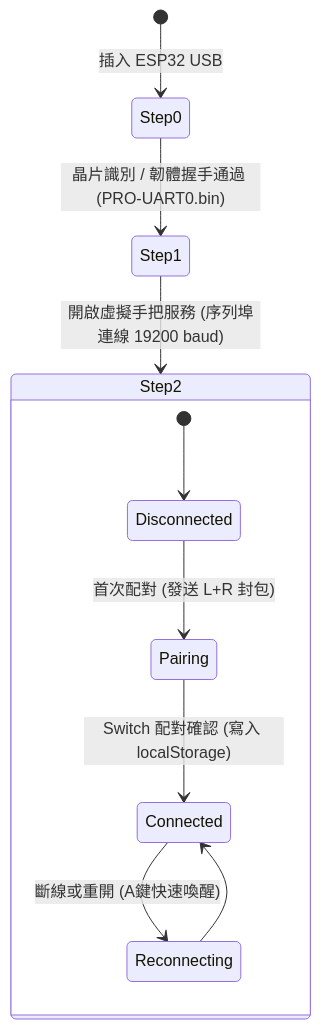
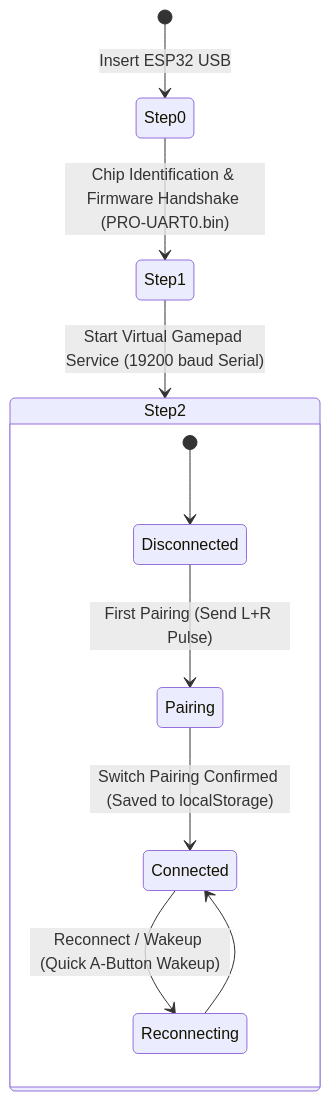
The second of 2 diagrams in desktop/ARCHITECTURE.md (HuskyHsu/ghost-pad), drawn with Mermaid before and after one commit. The commit also changed other lines of this file and 21 other files, not shown here.

````diff
--- a/desktop/ARCHITECTURE.md
+++ b/desktop/ARCHITECTURE.md
@@ -149,14 +150,14 @@
 ```mermaid
 stateDiagram-v2
-    [*] --> Step0: 插入 ESP32 USB
-    Step0 --> Step1: 晶片識別 / 韌體握手通過 (PRO-UART0.bin)
-    Step1 --> Step2: 開啟虛擬手把服務 (序列埠連線 19200 baud)
+    [*] --> Step0: Insert ESP32 USB
+    Step0 --> Step1: Chip Identification & Firmware Handshake (PRO-UART0.bin)
+    Step1 --> Step2: Start Virtual Gamepad Service (19200 baud Serial)
     
     state Step2 {
         [*] --> Disconnected
-        Disconnected --> Pairing: 首次配對 (發送 L+R 封包)
-        Pairing --> Connected: Switch 配對確認 (寫入 localStorage)
-        Connected --> Reconnecting: 斷線或重開 (A鍵快速喚醒)
+        Disconnected --> Pairing: First Pairing (Send L+R Pulse)
+        Pairing --> Connected: Switch Pairing Confirmed (Saved to localStorage)
+        Connected --> Reconnecting: Reconnect / Wakeup (Quick A-Button Wakeup)
         Reconnecting --> Connected
     }
 ```
````
